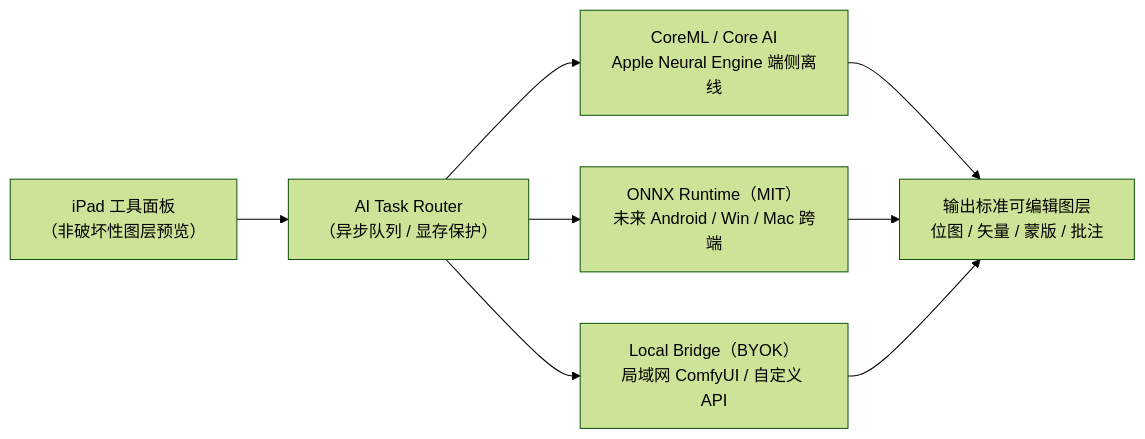
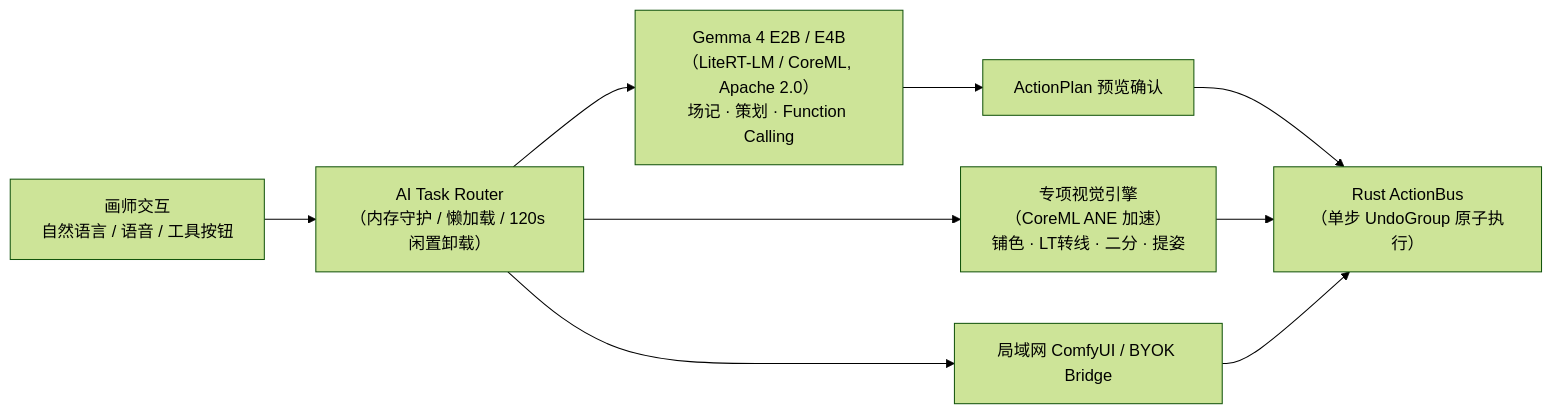
The diagram in docs/zh-CN/03-ai-assistant-spec.md (70sDushuren/About-Paint-Tools), drawn with Mermaid (forest theme) before and after one commit. The commit also changed other lines of this file and 15 other files, not shown here.

First line of the commit message:
docs: add dual-track priority, embedded Gemma 4 local AI spec, and WBS task breakdown

````diff
--- a/docs/zh-CN/03-ai-assistant-spec.md
+++ b/docs/zh-CN/03-ai-assistant-spec.md
@@ -66,10 +67,11 @@
 ```mermaid
 flowchart LR
-    UI["iPad 工具面板<br/>（非破坏性图层预览）"] --> Router["AI Task Router<br/>（异步队列 / 显存保护）"]
-    Router --> ANE["CoreML / Core AI<br/>Apple Neural Engine 端侧离线"]
-    Router --> ONNX["ONNX Runtime（MIT）<br/>未来 Android / Win / Mac 跨端"]
-    Router --> BYOK["Local Bridge（BYOK）<br/>局域网 ComfyUI / 自定义 API"]
-    ANE --> Layer["输出标准可编辑图层<br/>位图 / 矢量 / 蒙版 / 批注"]
-    ONNX --> Layer
-    BYOK --> Layer
+    Input["画师交互<br/>自然语言 / 语音 / 工具按钮"] --> Router["AI Task Router<br/>（内存守护 / 懒加载 / 120s 闲置卸载）"]
+    Router --> Gemma["Gemma 4 E2B / E4B<br/>（LiteRT-LM / CoreML, Apache 2.0）<br/>场记 · 策划 · Function Calling"]
+    Router --> Vision["专项视觉引擎<br/>（CoreML ANE 加速）<br/>铺色 · LT转线 · 二分 · 提姿"]
+    Router --> BYOK["局域网 ComfyUI / BYOK Bridge"]
+    Gemma --> Preview["ActionPlan 预览确认"]
+    Preview --> Bus["Rust ActionBus<br/>（单步 UndoGroup 原子执行）"]
+    Vision --> Bus
+    BYOK --> Bus
 ```
````
